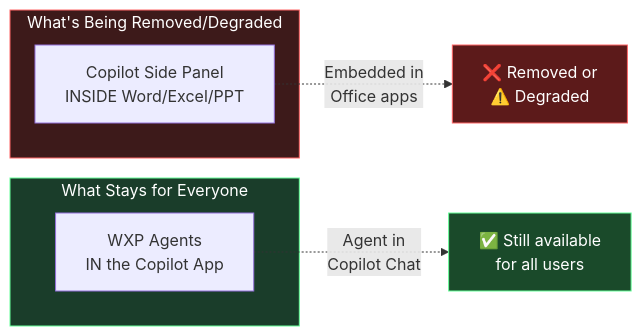
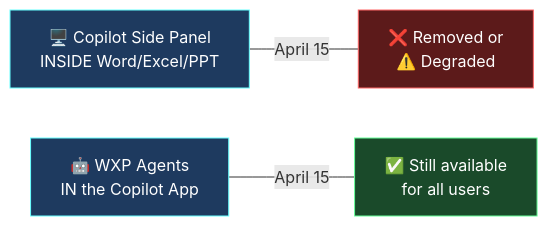
One commit to susanthgit/aguidetocloud-revamp changed the third of 5 diagrams in content/blog/microsoft-365-copilot-chat-april-2026-changes-what-admins-need-to-know.md. Above: the diagram before and after it, drawn with Mermaid. The commit also changed other lines of this file and 2 other files, not shown here.

First line of the commit message:
Redesign Mermaid diagrams: flatter, no trailing arrows

````diff
--- a/content/blog/microsoft-365-copilot-chat-april-2026-changes-what-admins-need-to-know.md
+++ b/content/blog/microsoft-365-copilot-chat-april-2026-changes-what-admins-need-to-know.md
@@ -120,15 +112,9 @@
 ```mermaid
 flowchart LR
-    subgraph removed["What's Being Removed/Degraded"]
-        A["Copilot Side Panel\nINSIDE Word/Excel/PPT"] 
-    end
-    subgraph stays["What Stays for Everyone"]
-        B["WXP Agents\nIN the Copilot App"]
-    end
-    A -. "Embedded in\nOffice apps" .-> C["❌ Removed or\n⚠️ Degraded"]
-    B -. "Agent in\nCopilot Chat" .-> D["✅ Still available\nfor all users"]
-    style removed fill:#3d1a1a,stroke:#ff6666,color:#ffffff
-    style stays fill:#1a3d2a,stroke:#66ff99,color:#ffffff
-    style C fill:#5c1a1a,stroke:#ff6666,color:#ffffff
+    A["🖥️ Copilot Side Panel\nINSIDE Word/Excel/PPT"] ---|"April 15"| B["❌ Removed or\n⚠️ Degraded"]
+    C["🤖 WXP Agents\nIN the Copilot App"] ---|"April 15"| D["✅ Still available\nfor all users"]
+    style A fill:#1e3a5f,stroke:#66ffff,color:#ffffff
+    style B fill:#5c1a1a,stroke:#ff6666,color:#ffffff
+    style C fill:#1e3a5f,stroke:#66ffff,color:#ffffff
     style D fill:#1a4a2a,stroke:#66ff99,color:#ffffff
 ```
````
